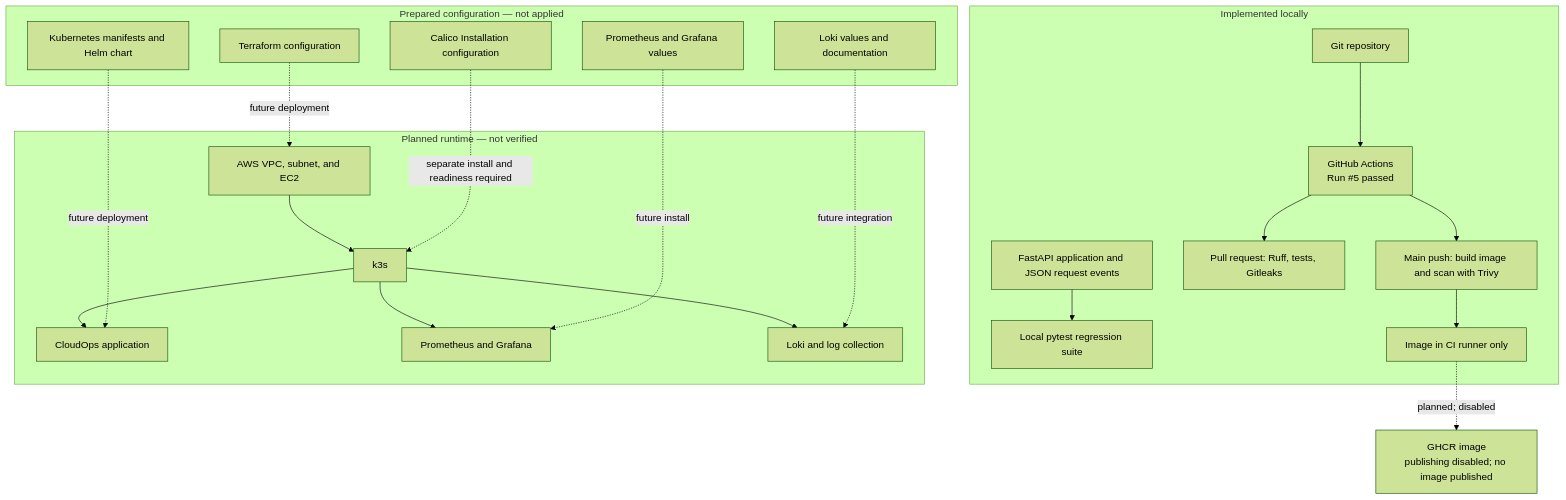
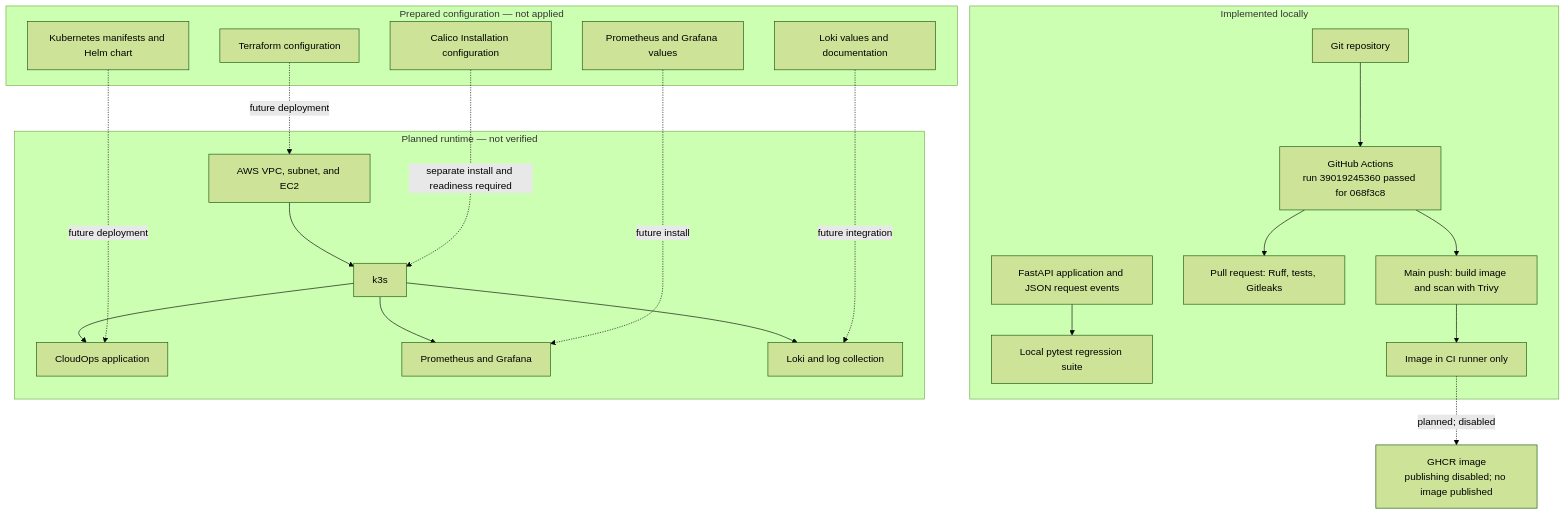
Before and after one commit to avinashmnth2507-dev/cloudops-platform: the diagram in docs/architecture.md, drawn with Mermaid (forest theme). The commit also changed other lines of this file and 10 other files, not shown here.

````diff
--- a/docs/architecture.md
+++ b/docs/architecture.md
@@ -26,34 +26,34 @@
 ```mermaid
 flowchart TB
   subgraph local["Implemented locally"]
     app["FastAPI application and JSON request events"] --> tests["Local pytest regression suite"]
-    repo["Git repository"] --> workflow["GitHub Actions<br/>Run #5 passed"]
+    repo["Git repository"] --> workflow["GitHub Actions<br/>run 39019245360 passed for 068f3c8"]
     workflow --> validation["Pull request: Ruff, tests, Gitleaks"]
     workflow --> scan["Main push: build image and scan with Trivy"]
     scan --> localimage["Image in CI runner only"]
   end
 
   ghcr["GHCR image<br/>publishing disabled; no image published"]
   localimage -. "planned; disabled" .-> ghcr
 
   subgraph prepared["Prepared configuration — not applied"]
     terraform["Terraform configuration"]
     calico["Calico Installation configuration"]
     manifests["Kubernetes manifests and Helm chart"]
     monitoring["Prometheus and Grafana values"]
     loki["Loki values and documentation"]
   end
 
   subgraph future["Planned runtime — not verified"]
     aws["AWS VPC, subnet, and EC2"] --> k3s["k3s"]
     k3s --> cloudops["CloudOps application"]
     k3s --> prom["Prometheus and Grafana"]
     k3s --> lokiworkload["Loki and log collection"]
   end
 
   terraform -. "future deployment" .-> aws
   calico -. "separate install and readiness required" .-> k3s
   manifests -. "future deployment" .-> cloudops
   monitoring -. "future install" .-> prom
   loki -. "future integration" .-> lokiworkload
 ```
````
